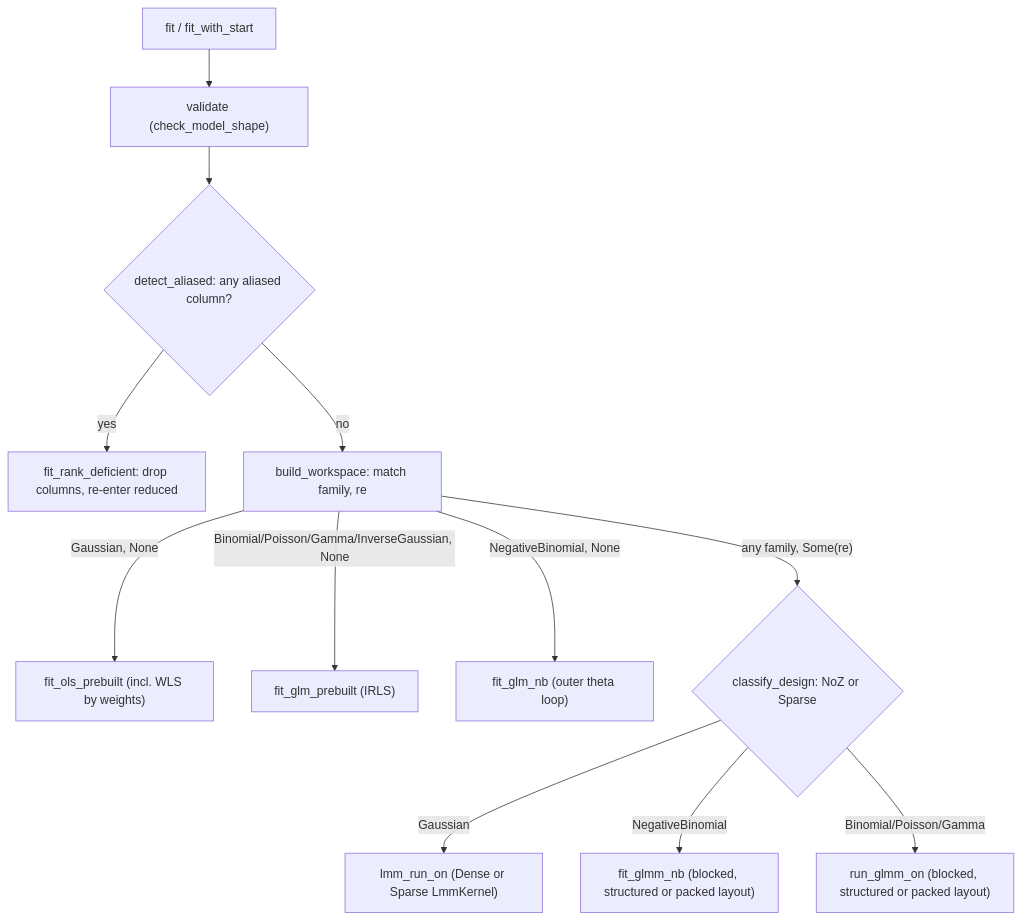
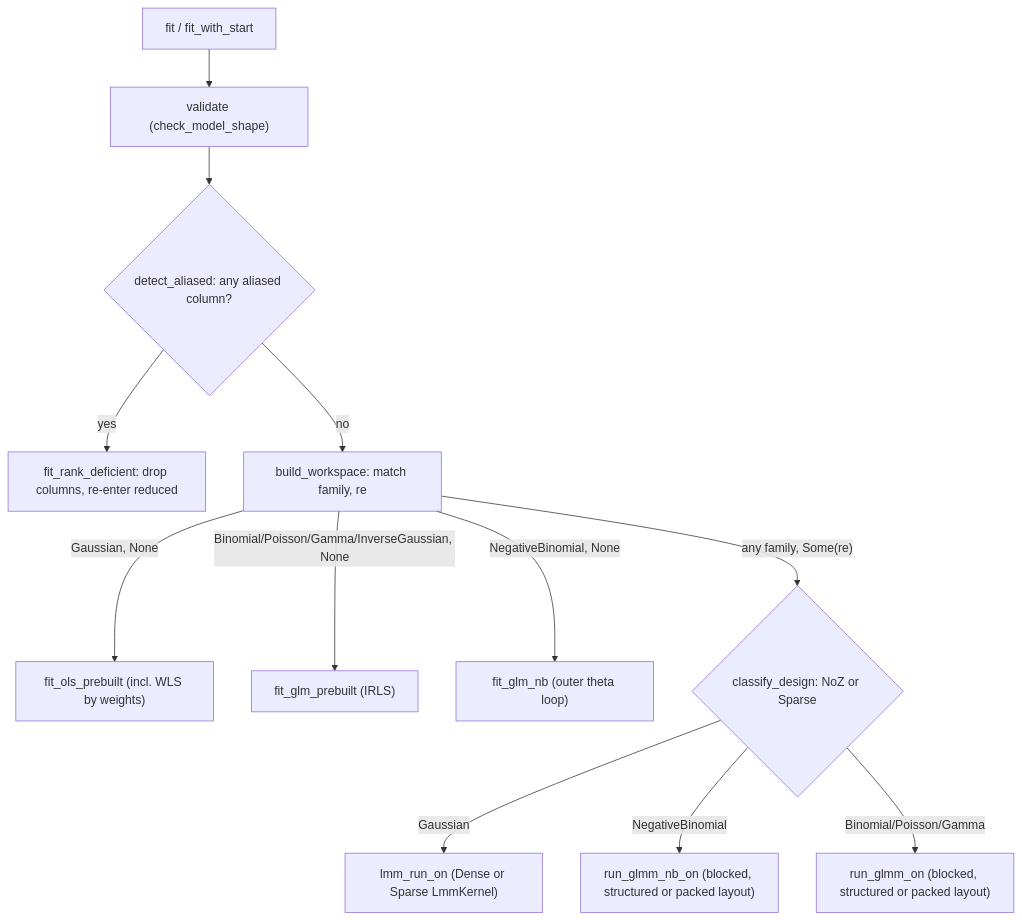
The diagram in documentation/algorithms.md (pawlenartowicz/glmm), drawn with Mermaid before and after one commit. The commit also changed other lines of this file and 493 other files, not shown here.

````diff
--- a/documentation/algorithms.md
+++ b/documentation/algorithms.md
@@ -41,16 +41,16 @@
 ```mermaid
 flowchart TD
   E["fit / fit_with_start"] --> SH["validate (check_model_shape)"]
   SH --> RD{"detect_aliased: any aliased column?"}
   RD -->|yes| RDF["fit_rank_deficient: drop columns, re-enter reduced"]
   RD -->|no| BW["build_workspace: match family, re"]
 
   BW -->|"Gaussian, None"| OLS["fit_ols_prebuilt (incl. WLS by weights)"]
   BW -->|"Binomial/Poisson/Gamma/InverseGaussian, None"| GLM["fit_glm_prebuilt (IRLS)"]
   BW -->|"NegativeBinomial, None"| GLMNB["fit_glm_nb (outer theta loop)"]
   BW -->|"any family, Some(re)"| CD{"classify_design: NoZ or Sparse"}
 
   CD -->|Gaussian| MLE["lmm_run_on (Dense or Sparse LmmKernel)"]
-  CD -->|NegativeBinomial| GNB["fit_glmm_nb (blocked, structured or packed layout)"]
+  CD -->|NegativeBinomial| GNB["run_glmm_nb_on (blocked, structured or packed layout)"]
   CD -->|"Binomial/Poisson/Gamma"| GMM["run_glmm_on (blocked, structured or packed layout)"]
 ```
````
